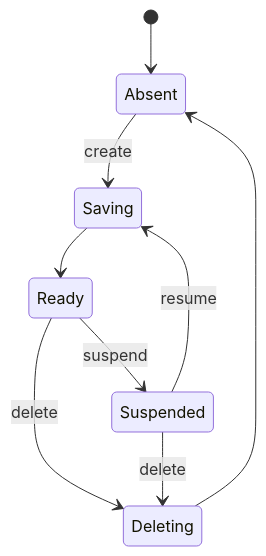
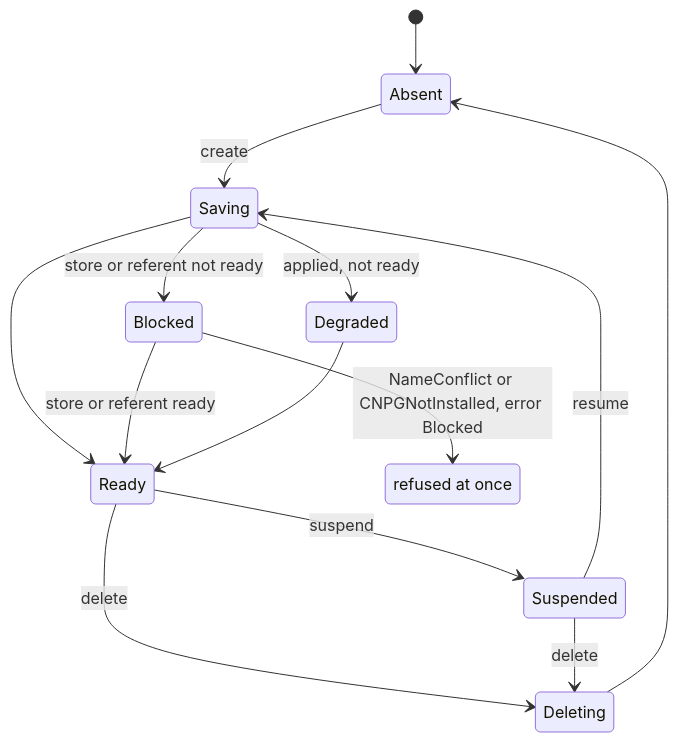
The second of 2 diagrams in orchestrator/crates/provisioner-platform/README.md (vymalo/another-agentic-system), drawn with Mermaid before and after one commit. The commit also changed other lines of this file and 22 other files, not shown here.

````diff
--- a/orchestrator/crates/provisioner-platform/README.md
+++ b/orchestrator/crates/provisioner-platform/README.md
@@ -36,11 +39,17 @@
 ```mermaid
 stateDiagram-v2
   [*] --> Absent
   Absent --> Saving: create
   Suspended --> Saving: resume
   Saving --> Ready
+  Saving --> Blocked: store or referent not ready
+  Blocked --> Ready: store or referent ready
+  Blocked --> Gone: NameConflict or CNPGNotInstalled, error Blocked
+  Saving --> Degraded: applied, not ready
+  Degraded --> Ready
   Ready --> Suspended: suspend
   Ready --> Deleting: delete
   Suspended --> Deleting: delete
   Deleting --> Absent
+  Gone: refused at once
 ```
````
